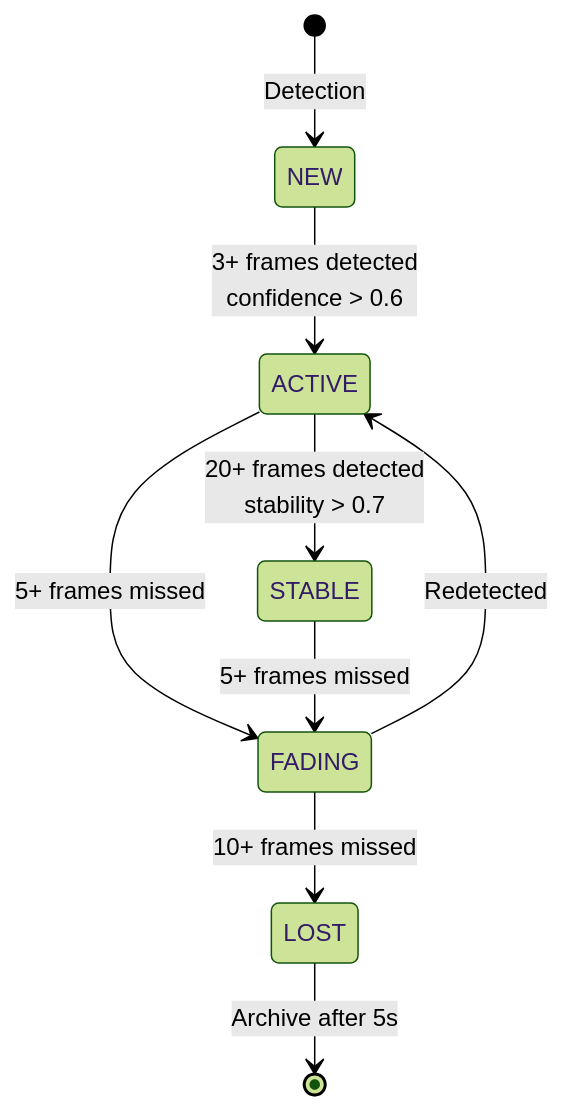
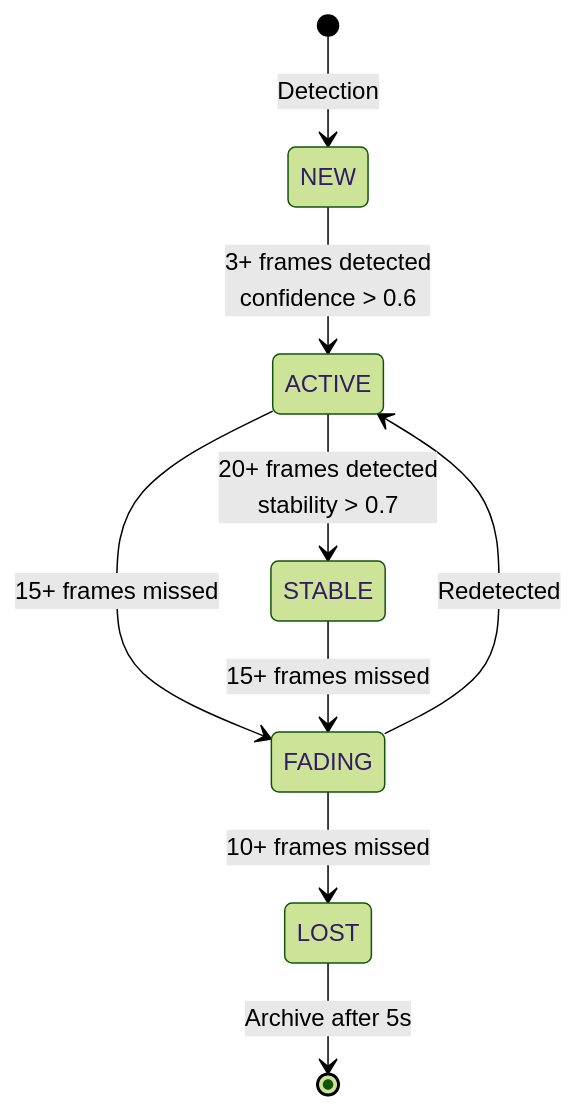
One commit to swpng/scenescape changed the fifth of 5 diagrams in cluster_analytics/docs/user-guide/overview.md. Above: the diagram before and after it, drawn with Mermaid (forest theme). The commit also changed other lines of this file and 213 other files, not shown here.

````diff
--- a/cluster_analytics/docs/user-guide/overview.md
+++ b/cluster_analytics/docs/user-guide/overview.md
@@ -754,11 +742,11 @@
 ```{mermaid}
 stateDiagram-v2
     [*] --> NEW: Detection
     NEW --> ACTIVE: 3+ frames detected<br/>confidence > 0.6
     ACTIVE --> STABLE: 20+ frames detected<br/>stability > 0.7
-    ACTIVE --> FADING: 5+ frames missed
-    STABLE --> FADING: 5+ frames missed
+    ACTIVE --> FADING: 15+ frames missed
+    STABLE --> FADING: 15+ frames missed
     FADING --> ACTIVE: Redetected
     FADING --> LOST: 10+ frames missed
     LOST --> [*]: Archive after 5s
 ```
````
